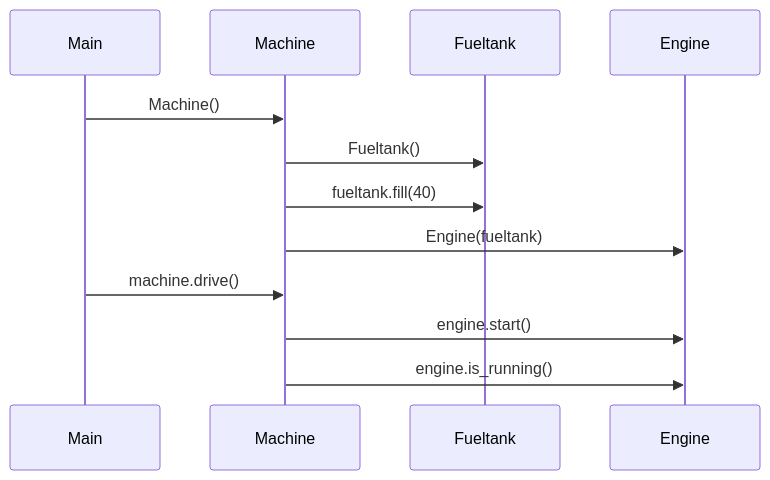
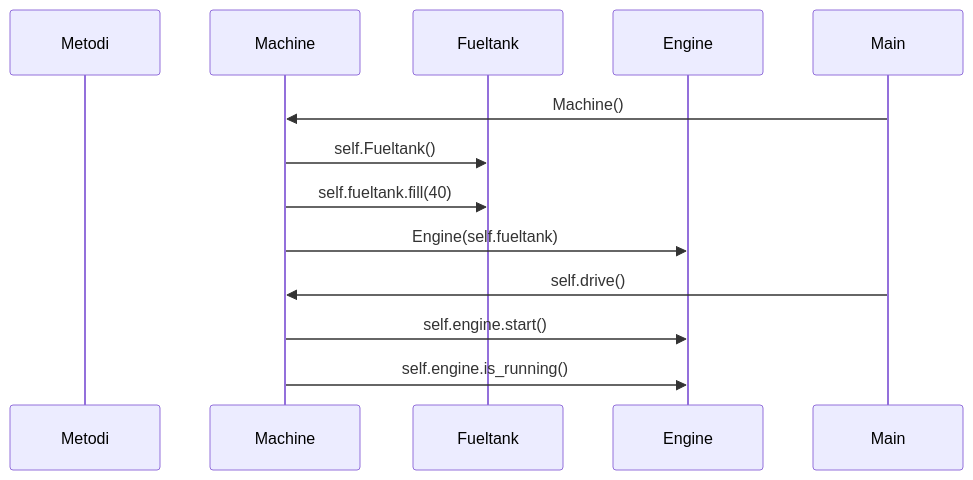
One commit to arolaeemil/ot-harjoitustyo changed the diagram in laskarit/viikko3/Sekvenssikaavio.md. Above: the diagram before and after it, drawn with Mermaid.

````diff
--- a/laskarit/viikko3/Sekvenssikaavio.md
+++ b/laskarit/viikko3/Sekvenssikaavio.md
@@ -1,15 +1,15 @@
 ```mermaid
  sequenceDiagram
-    participant Main
+    participant Metodi
     participant Machine
     participant Fueltank
     participant Engine
     Main->>Machine: Machine()
-    Machine->>Fueltank: Fueltank()
-    Machine->>Fueltank: fueltank.fill(40)
-    Machine->>Engine: Engine(fueltank)
-    Main->>Machine: machine.drive()
-    Machine->>Engine: engine.start()
-    Machine->>Engine: engine.is_running()
+    Machine->>Fueltank: self.Fueltank()
+    Machine->>Fueltank: self.fueltank.fill(40)
+    Machine->>Engine: Engine(self.fueltank)
+    Main->>Machine: self.drive()
+    Machine->>Engine: self.engine.start()
+    Machine->>Engine: self.engine.is_running()
     
 ```
````
